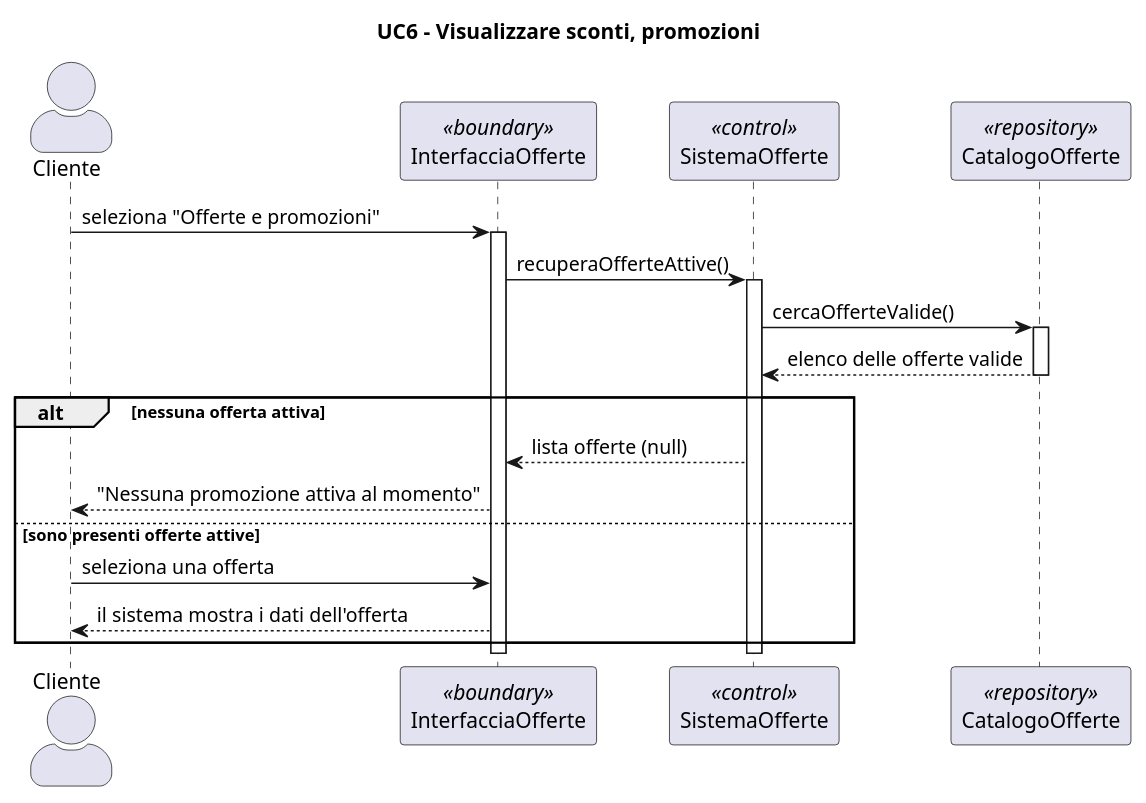
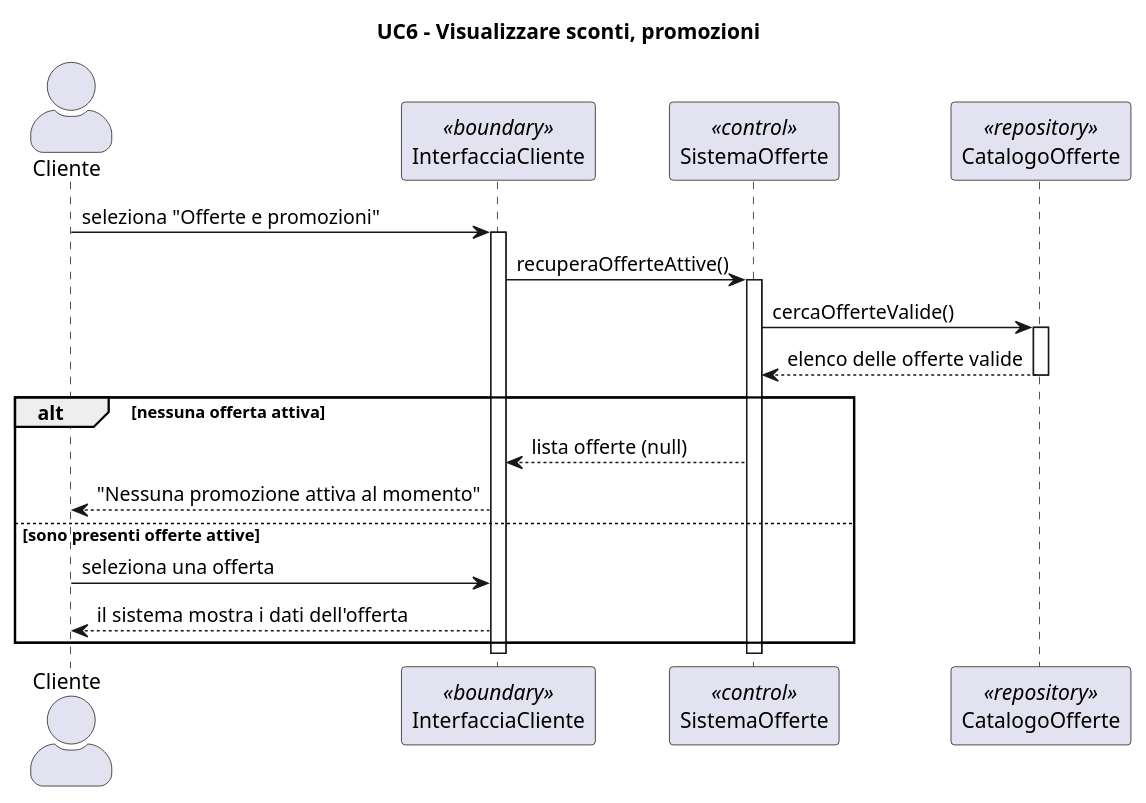
The diagram in diagrammiUML/diagrammi di sequenza/UC6_Visualizzare_Sconti_e_Promozioni.puml (Samepsilon/FloWare), drawn with PlantUML before and after one commit. The commit also changed 3 other files, not shown here.

```diff
--- a/diagrammiUML/diagrammi di sequenza/UC6_Visualizzare_Sconti_e_Promozioni.puml
+++ b/diagrammiUML/diagrammi di sequenza/UC6_Visualizzare_Sconti_e_Promozioni.puml
@@ -1,35 +1,35 @@
 @startuml
 
 skinparam actorStyle awesome
 title UC6 - Visualizzare sconti, promozioni
 
 actor Cliente
-participant "InterfacciaOfferte" as Boundary <<boundary>>
+participant "InterfacciaCliente" as Boundary <<boundary>>
 participant "SistemaOfferte" as Control <<control>>
 participant "CatalogoOfferte" as Repo <<repository>>
 
 Cliente -> Boundary : seleziona "Offerte e promozioni"
 activate Boundary
 
 Boundary -> Control : recuperaOfferteAttive()
 activate Control
 
 Control -> Repo : cercaOfferteValide()
 activate Repo
 Repo --> Control : elenco delle offerte valide
 deactivate Repo
 
 
 alt nessuna offerta attiva
     
     Control --> Boundary : lista offerte (null)
     Boundary --> Cliente : "Nessuna promozione attiva al momento"
 else sono presenti offerte attive
     Cliente -> Boundary : seleziona una offerta
     Boundary--> Cliente : il sistema mostra i dati dell'offerta
 end
 
 deactivate Control
 deactivate Boundary
 
 @enduml
```
